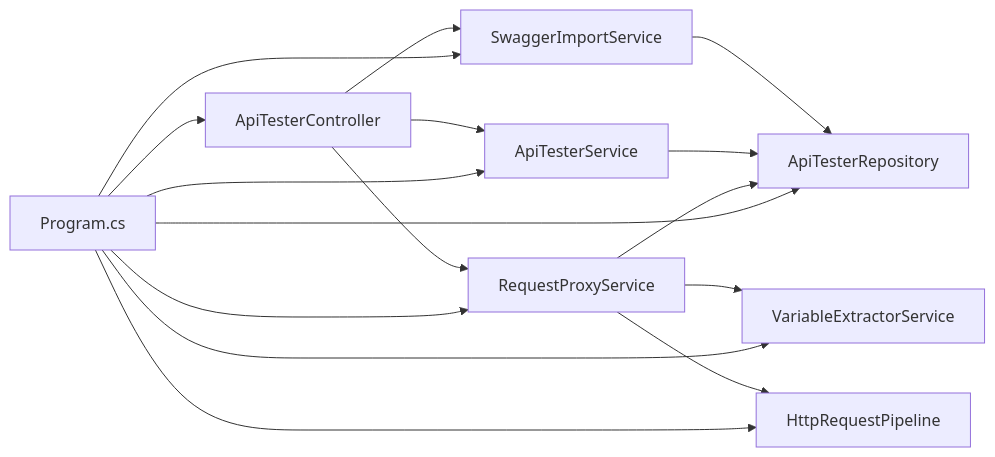
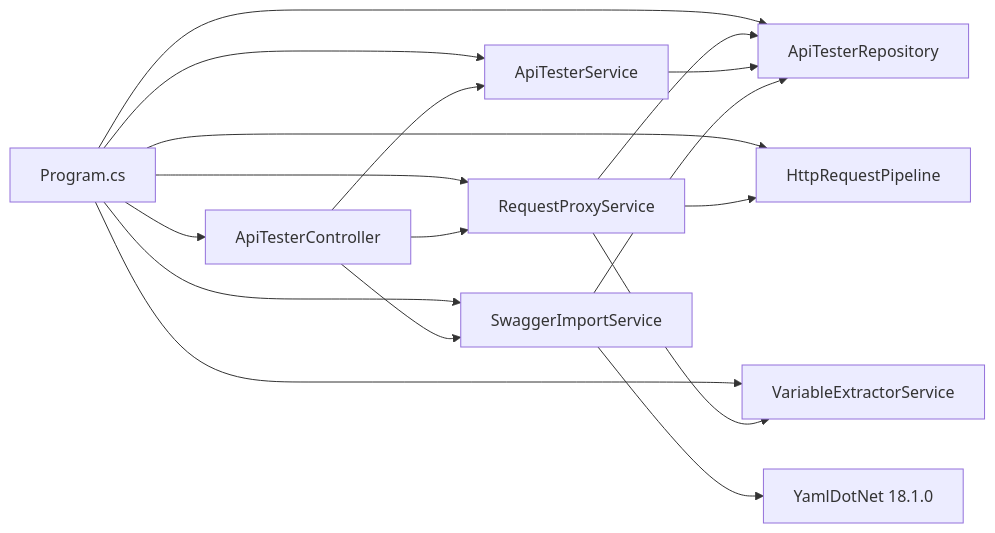
The sixth of 6 diagrams in .qoder/repowiki/zh/content/项目概述/核心特性/API测试套件管理系统.md (Sosososolong/AirGo), drawn with Mermaid before and after one commit. The commit also changed other lines of this file and 7 other files, not shown here.

````diff
--- a/.qoder/repowiki/zh/content/项目概述/核心特性/API测试套件管理系统.md
+++ b/.qoder/repowiki/zh/content/项目概述/核心特性/API测试套件管理系统.md
@@ -421,18 +435,19 @@
 ```mermaid
 graph LR
 Program["Program.cs"] --> Controller["ApiTesterController"]
 Program --> Service["ApiTesterService"]
 Program --> Proxy["RequestProxyService"]
 Program --> ImportSvc["SwaggerImportService"]
 Program --> VarExt["VariableExtractorService"]
 Program --> Repo["ApiTesterRepository"]
 Program --> Pipeline["HttpRequestPipeline"]
 Controller --> Service
 Controller --> Proxy
 Controller --> ImportSvc
 Proxy --> Pipeline
 Proxy --> Repo
 Proxy --> VarExt
 Service --> Repo
 ImportSvc --> Repo
+ImportSvc --> YamlDotNet["YamlDotNet 18.1.0"]
 ```
````
